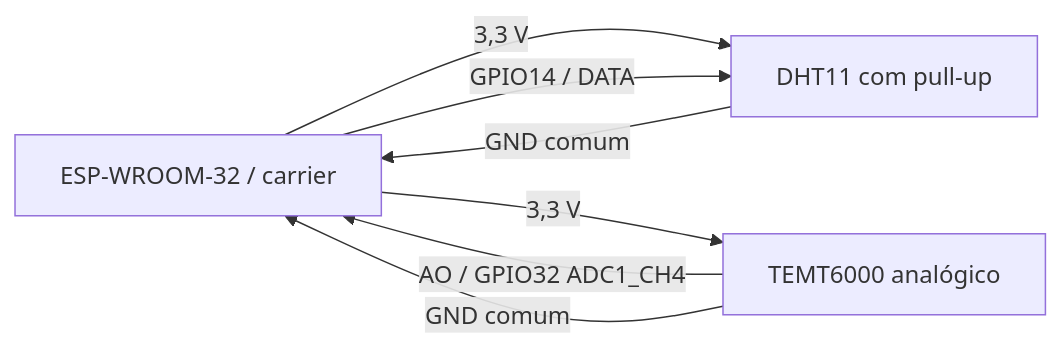
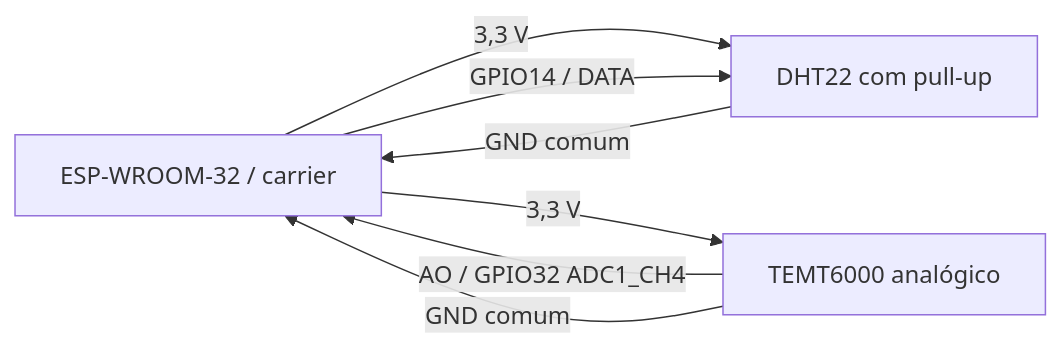
The diagram in firmware/hardware/README.md (Kernel-Panic-FatecSjc/KP-4DSM-API), drawn with Mermaid before and after one commit. The commit also changed other lines of this file and 11 other files, not shown here.

````diff
--- a/firmware/hardware/README.md
+++ b/firmware/hardware/README.md
@@ -19,12 +19,12 @@
 ```mermaid
 flowchart LR
   esp[ESP-WROOM-32 / carrier]
-  dht[DHT11 com pull-up]
+  dht[DHT22 com pull-up]
   light[TEMT6000 analógico]
   esp -- 3,3 V --> dht
   esp -- GPIO14 / DATA --> dht
   esp -- 3,3 V --> light
   light -- AO / GPIO32 ADC1_CH4 --> esp
   dht -- GND comum --> esp
   light -- GND comum --> esp
 ```
````
